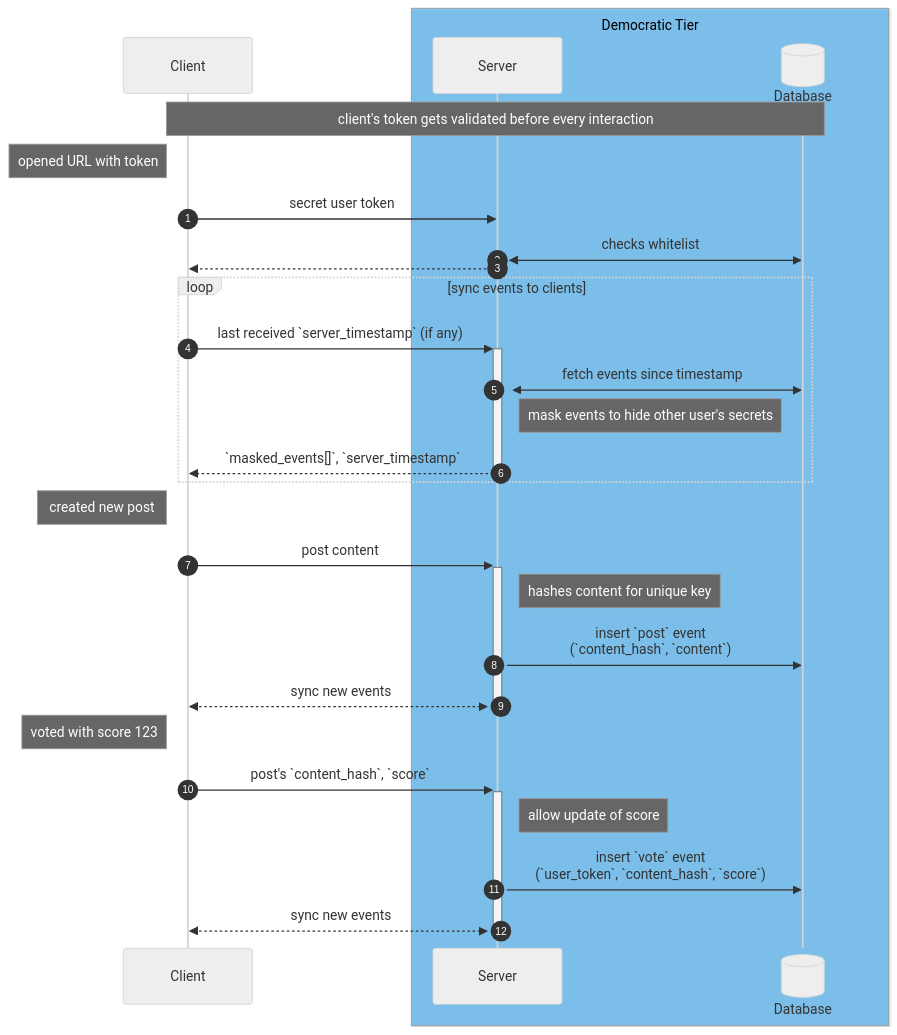
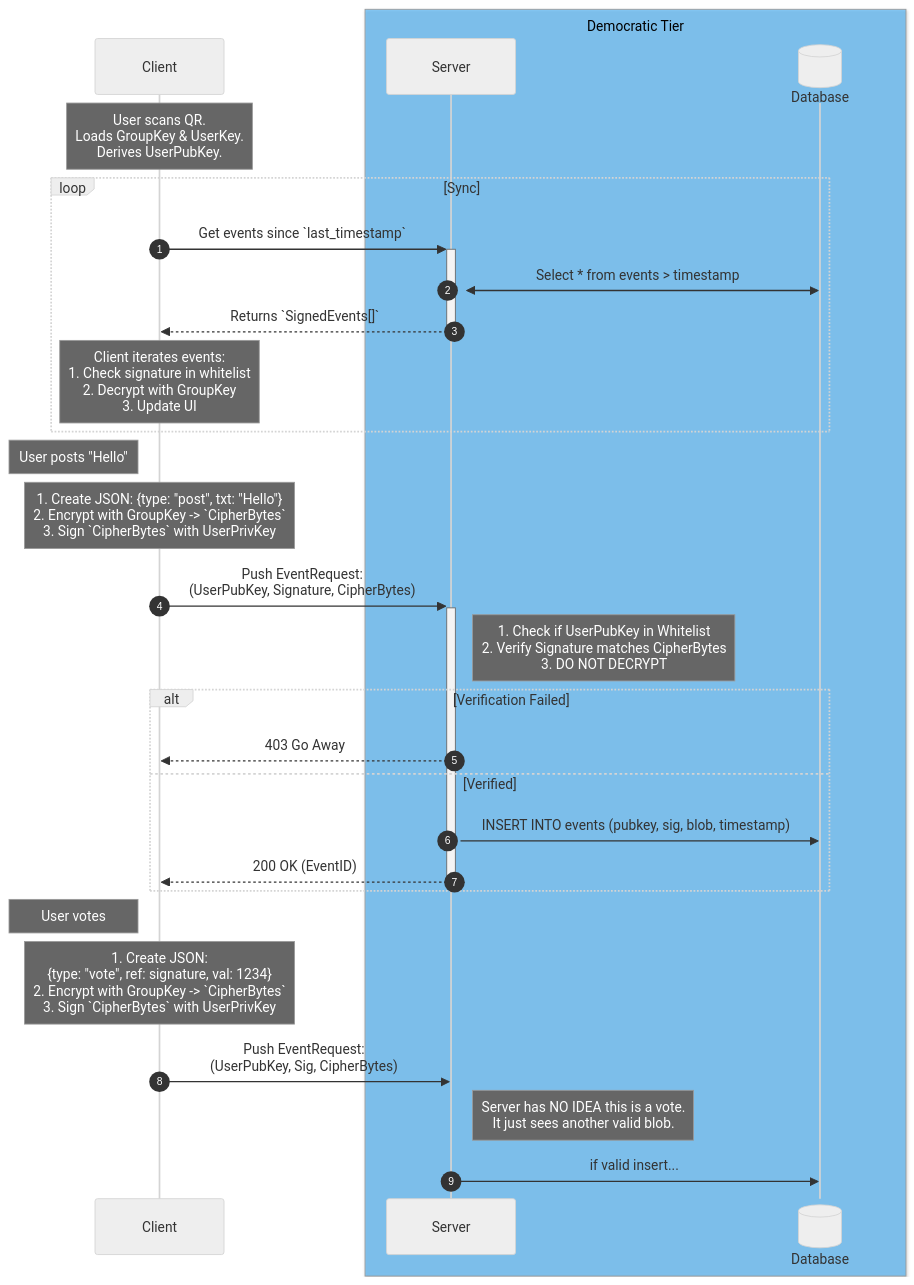
One commit to krinistof/dt changed the first of 2 diagrams in docs/architecture.md. Above: the diagram before and after it, drawn with Mermaid (neutral theme). The commit also changed other lines of this file, not shown here.

Commit message:
docs(arch): encrypt events so server compromise is mitigated

````diff
--- a/docs/architecture.md
+++ b/docs/architecture.md
@@ -3,40 +3,42 @@
 ```mermaid
 sequenceDiagram
     autonumber
     participant Client
     box rgba(31, 161, 250, .5) Democratic Tier
         participant Server
         participant Database@{type: "database"}
     end
 
+    Note over Client: User scans QR.<br/>Loads GroupKey & UserKey.<br/>Derives UserPubKey.
 
-    Note over Client,Database: client's token gets validated before every interaction
-    Note left of Client: opened URL with token
-    Client->>Server: secret user token
-    Server<<->>Database: checks whitelist
-    Server-->>Client: 
-
-    loop sync events to clients
-        Client->>+Server: last received `server_timestamp` (if any)
-        Server<<->>Database: fetch events since timestamp
-        Note right of Server: mask events to hide other user's secrets
-        Server-->>-Client: `masked_events[]`, `server_timestamp`
+    loop Sync
+        Client->>+Server: Get events since `last_timestamp`
+        Server<<->>Database: Select * from events > timestamp
+        Server-->>-Client: Returns `SignedEvents[]`
+        
+        Note over Client: Client iterates events:<br/>1. Check signature in whitelist<br/>2. Decrypt with GroupKey<br/>3. Update UI
     end
 
-
-    Note left of Client: created new post
-
-    Client->>+Server: post content
-    Note right of Server: hashes content for unique key
-    Server->>Database: insert `post` event<br>(`content_hash`, `content`)
-    Server<<-->>-Client: sync new events
-
-
-    Note left of Client: voted with score 123
+    Note left of Client: User posts "Hello"
     
-    Client->>+Server: post's `content_hash`, `score`
-    Note right of Server: allow update of score
-    Server->>Database: insert `vote` event<br>(`user_token`, `content_hash`, `score`)
-    Server<<-->>-Client: sync new events
-
+    Note over Client: 1. Create JSON: {type: "post", txt: "Hello"}<br/>2. Encrypt with GroupKey -> `CipherBytes`<br/>3. Sign `CipherBytes` with UserPrivKey
+    
+    Client->>+Server: Push EventRequest:<br/>(UserPubKey, Signature, CipherBytes)
+    
+    Note right of Server: 1. Check if UserPubKey in Whitelist<br/>2. Verify Signature matches CipherBytes<br/>3. DO NOT DECRYPT
+    
+    alt Verification Failed
+        Server-->>Client: 403 Go Away
+    else Verified
+        Server->>Database: INSERT INTO events (pubkey, sig, blob, timestamp)
+        Server-->>-Client: 200 OK (EventID)
+    end
+    
+    Note left of Client: User votes
+    
+    Note over Client: 1. Create JSON:<br/>{type: "vote", ref: signature, val: 1234}<br/>2. Encrypt with GroupKey -> `CipherBytes`<br/>3. Sign `CipherBytes` with UserPrivKey
+    
+    Client->>Server: Push EventRequest:<br/>(UserPubKey, Sig, CipherBytes)
+    Note right of Server: Server has NO IDEA this is a vote.<br/>It just sees another valid blob.
+    Server->>Database: if valid insert...
 ```
````
